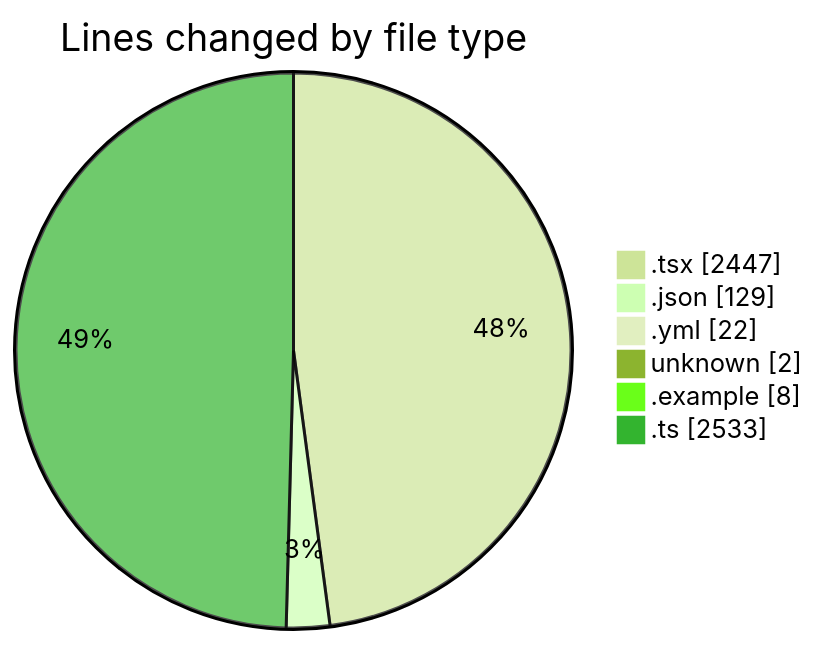
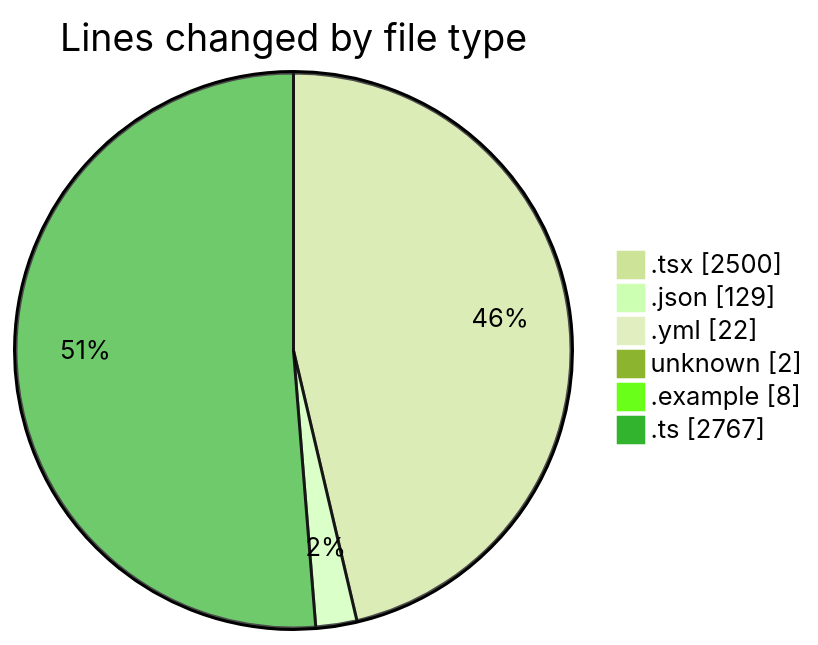
Before and after one commit to julien-gomy/code-tracking: the first of 2 diagrams in 2025-11-21/eventscop-frontend-guide__workspace_/README.md, drawn with Mermaid (forest theme). The commit also changed other lines of this file and 1 other file, not shown here.

````diff
--- a/2025-11-21/eventscop-frontend-guide__workspace_/README.md
+++ b/2025-11-21/eventscop-frontend-guide__workspace_/README.md
@@ -56,10 +58,10 @@
 ```mermaid
 pie showData
 title Lines changed by file type
-".tsx" : 2447
+".tsx" : 2500
 ".json" : 129
 ".yml" : 22
 "unknown" : 2
 ".example" : 8
-".ts" : 2533
+".ts" : 2767
 ```
````
